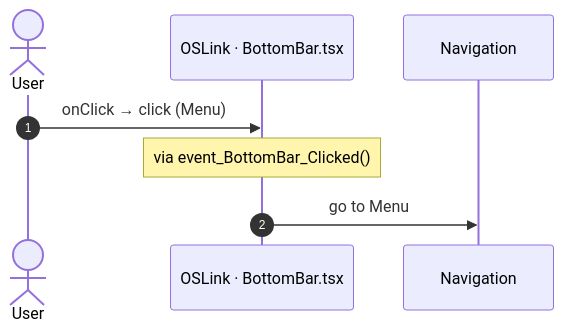
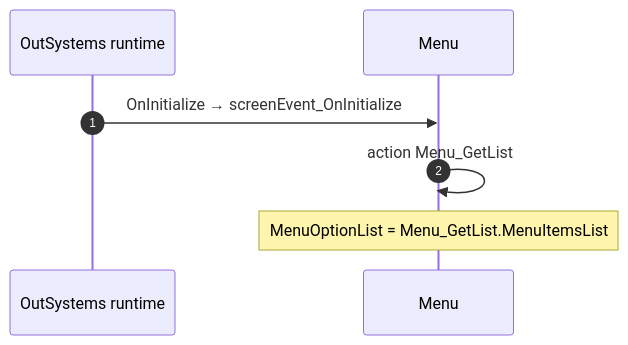
One commit to Phoenix-DX/connect-new-ui changed the fifth of 5 diagrams in route-actions/routes/Menu.md. Above: the diagram before and after it, drawn with Mermaid. The commit also changed other lines of this file and 52 other files, not shown here.

````diff
--- a/route-actions/routes/Menu.md
+++ b/route-actions/routes/Menu.md
@@ -553,10 +208,9 @@
 ```mermaid
 sequenceDiagram
   autonumber
-  actor U as User
-  participant H as OSLink · BottomBar.tsx
-  participant N as Navigation
-  U->>H: onClick → click (Menu)
-  Note over H: via event_BottomBar_Clicked()
-  H->>N: go to Menu
+  participant R as OutSystems runtime
+  participant B as Menu
+  R->>B: OnInitialize → screenEvent_OnInitialize
+  B->>B: action Menu_GetList
+  Note over B: MenuOptionList = Menu_GetList.MenuItemsList
 ```
````
